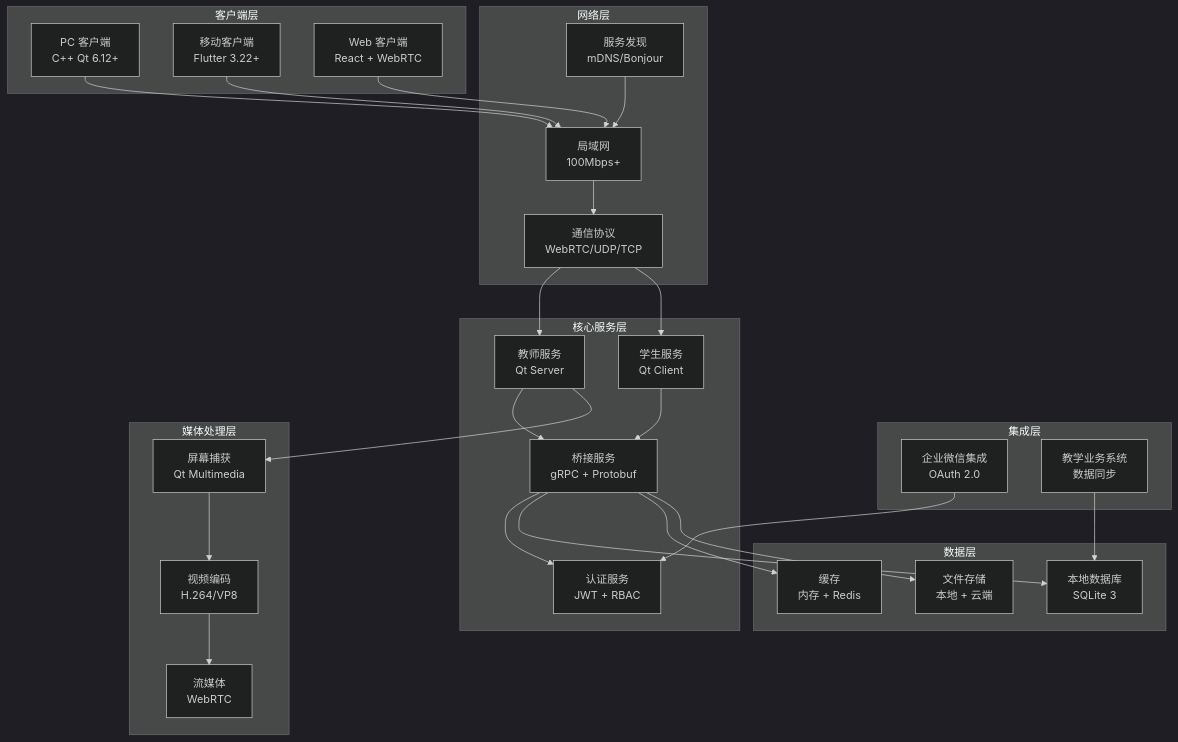
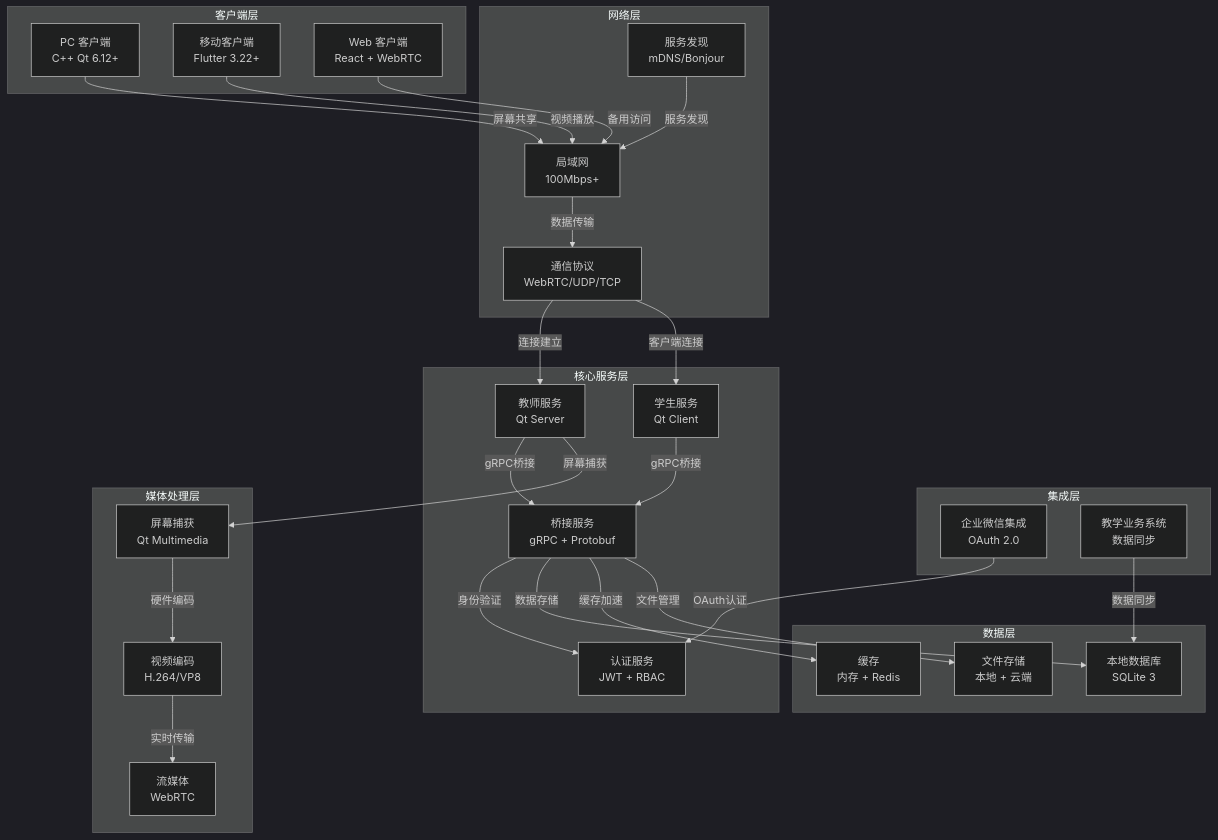
One commit to IdEvEbI/sky-edu-docs changed the first of 12 diagrams in docs/projects/sky-edu-classroom-screen-sharing/003_system-architecture_系统架构设计文档.md. Above: the diagram before and after it, drawn with Mermaid (dark theme). The commit also changed other lines of this file, not shown here.

````diff
--- a/docs/projects/sky-edu-classroom-screen-sharing/003_system-architecture_系统架构设计文档.md
+++ b/docs/projects/sky-edu-classroom-screen-sharing/003_system-architecture_系统架构设计文档.md
@@ -75,57 +96,57 @@
 ```mermaid
 graph TB
     subgraph "客户端层"
         PC[PC 客户端<br/>C++ Qt 6.12+]
         Mobile[移动客户端<br/>Flutter 3.22+]
         Web[Web 客户端<br/>React + WebRTC]
     end
 
     subgraph "集成层"
         WX[企业微信集成<br/>OAuth 2.0]
         MIS[教学业务系统<br/>数据同步]
     end
 
     subgraph "网络层"
         LAN[局域网<br/>100Mbps+]
         Protocol[通信协议<br/>WebRTC/UDP/TCP]
         Discovery[服务发现<br/>mDNS/Bonjour]
     end
 
     subgraph "核心服务层"
         Teacher[教师服务<br/>Qt Server]
         Student[学生服务<br/>Qt Client]
         Bridge[桥接服务<br/>gRPC + Protobuf]
         Auth[认证服务<br/>JWT + RBAC]
     end
 
     subgraph "媒体处理层"
         Capture[屏幕捕获<br/>Qt Multimedia]
         Encode[视频编码<br/>H.264/VP8]
         Stream[流媒体<br/>WebRTC]
     end
 
     subgraph "数据层"
         LocalDB[本地数据库<br/>SQLite 3]
         Cache[缓存<br/>内存 + Redis]
         Files[文件存储<br/>本地 + 云端]
     end
 
-    PC --> LAN
-    Mobile --> LAN
-    Web --> LAN
-    LAN --> Protocol
-    Protocol --> Teacher
-    Protocol --> Student
-    Teacher --> Bridge
-    Student --> Bridge
-    Bridge --> Auth
-    Bridge --> LocalDB
-    Bridge --> Cache
-    Bridge --> Files
-    Teacher --> Capture
-    Capture --> Encode
-    Encode --> Stream
-    WX --> Auth
-    MIS --> LocalDB
-    Discovery --> LAN
+    PC -->|"屏幕共享"| LAN
+    Mobile -->|"视频播放"| LAN
+    Web -->|"备用访问"| LAN
+    LAN -->|"数据传输"| Protocol
+    Protocol -->|"连接建立"| Teacher
+    Protocol -->|"客户端连接"| Student
+    Teacher -->|"gRPC桥接"| Bridge
+    Student -->|"gRPC桥接"| Bridge
+    Bridge -->|"身份验证"| Auth
+    Bridge -->|"数据存储"| LocalDB
+    Bridge -->|"缓存加速"| Cache
+    Bridge -->|"文件管理"| Files
+    Teacher -->|"屏幕捕获"| Capture
+    Capture -->|"硬件编码"| Encode
+    Encode -->|"实时传输"| Stream
+    WX -->|"OAuth认证"| Auth
+    MIS -->|"数据同步"| LocalDB
+    Discovery -->|"服务发现"| LAN
 ```
````
